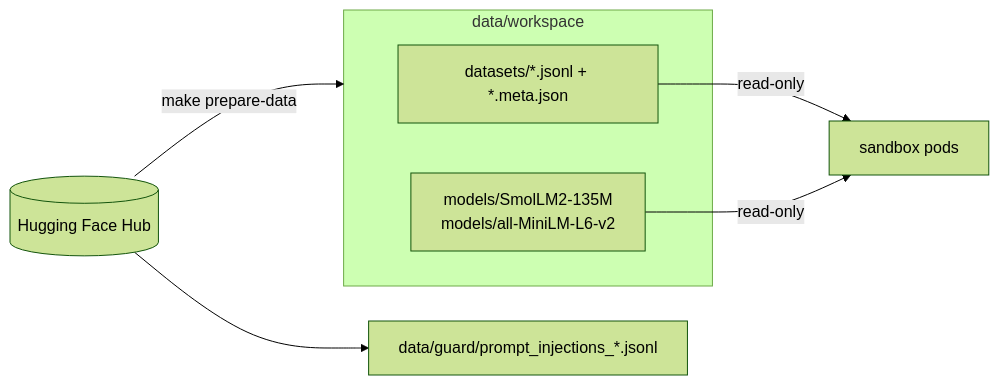
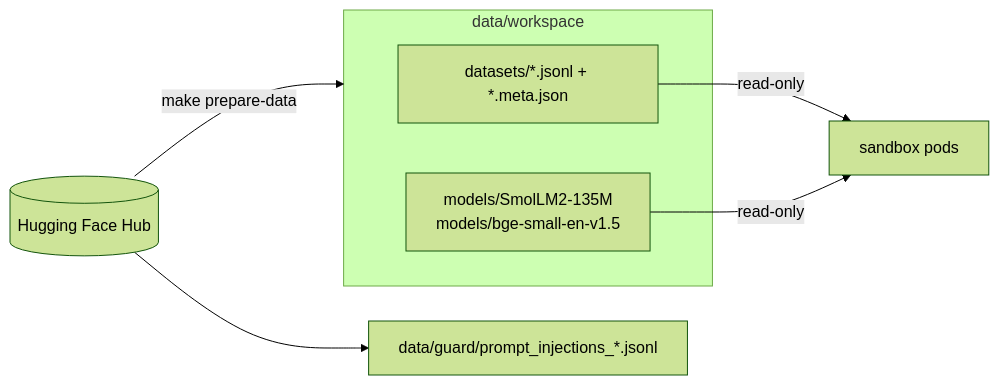
The first of 3 diagrams in docs/05-detection.md (RuntimeErrorGr/LLMSandbox), drawn with Mermaid (forest theme) before and after one commit. The commit also changed other lines of this file and 8 other files, not shown here.

Commit message:
label-flip detector (kNN in Chroma + confident learning), bge-small

````diff
--- a/docs/05-detection.md
+++ b/docs/05-detection.md
@@ -8,11 +8,11 @@
 ```mermaid
 flowchart LR
     hf[(Hugging Face Hub)] -->|make prepare-data| ws
     subgraph ws[data/workspace]
         ds[datasets/*.jsonl + *.meta.json]
-        md[models/SmolLM2-135M<br/>models/all-MiniLM-L6-v2]
+        md[models/SmolLM2-135M<br/>models/bge-small-en-v1.5]
     end
     hf --> guard[data/guard/prompt_injections_*.jsonl]
     ds -->|read-only| pod[sandbox pods]
     md -->|read-only| pod
 ```
````
